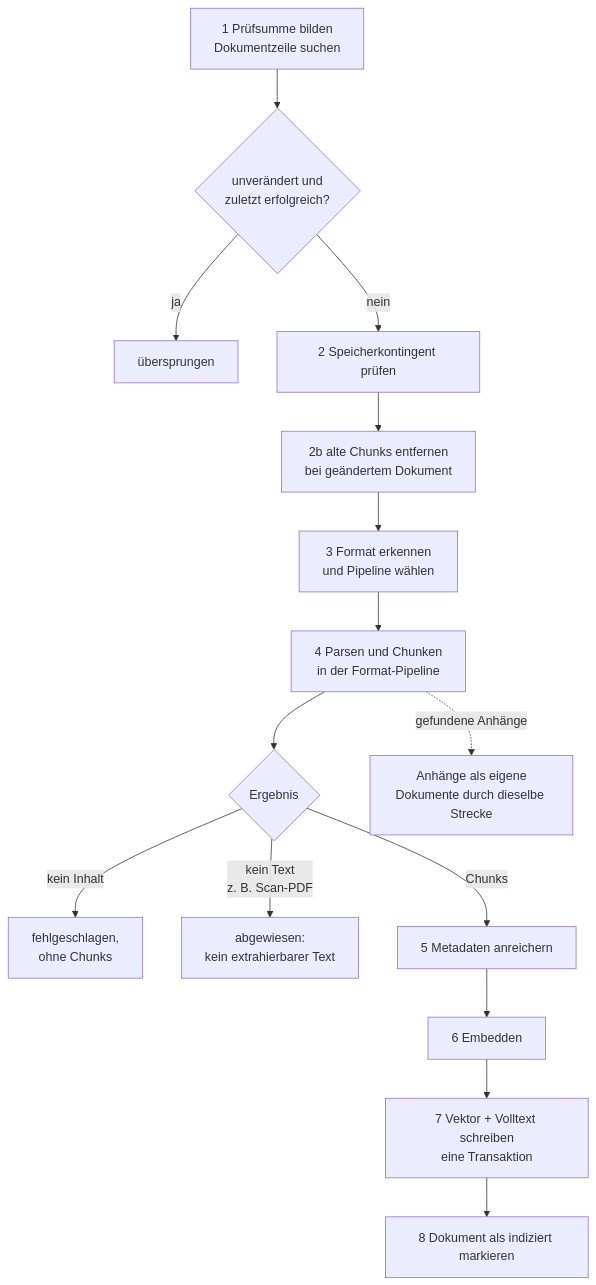
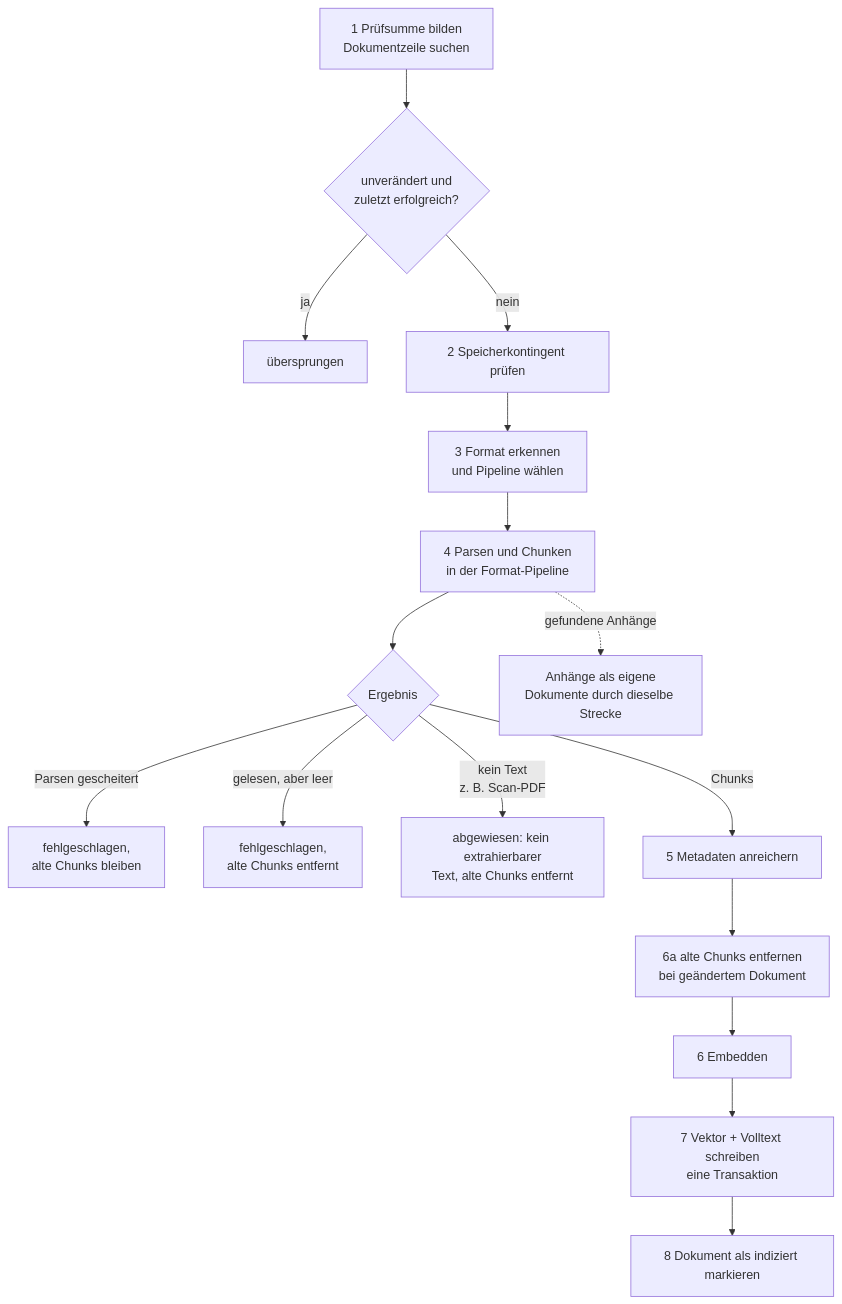
Before and after one commit to criew/opaa: the fifth of 7 diagrams in docs/handbuch/indexierung.md, drawn with Mermaid. The commit also changed other lines of this file and 27 other files, not shown here.

First line of the commit message:
fix(indexing): alte Chunks erst nach erfolgreichem Parsen der neuen Fassung ersetzen (#1276)

````diff
--- a/docs/handbuch/indexierung.md
+++ b/docs/handbuch/indexierung.md
@@ -224,17 +225,18 @@
 ```mermaid
 flowchart TB
     S1[1 Prüfsumme bilden<br/>Dokumentzeile suchen] --> Q{unverändert und<br/>zuletzt erfolgreich?}
     Q -- ja --> SK[übersprungen]
     Q -- nein --> S2[2 Speicherkontingent prüfen]
-    S2 --> S2b[2b alte Chunks entfernen<br/>bei geändertem Dokument]
-    S2b --> S3[3 Format erkennen<br/>und Pipeline wählen]
+    S2 --> S3[3 Format erkennen<br/>und Pipeline wählen]
     S3 --> S4[4 Parsen und Chunken<br/>in der Format-Pipeline]
     S4 --> R{Ergebnis}
-    R -- kein Inhalt --> FA[fehlgeschlagen,<br/>ohne Chunks]
-    R -- kein Text<br/>z. B. Scan-PDF --> NT[abgewiesen:<br/>kein extrahierbarer Text]
+    R -- Parsen gescheitert --> FP[fehlgeschlagen,<br/>alte Chunks bleiben]
+    R -- gelesen, aber leer --> FA[fehlgeschlagen,<br/>alte Chunks entfernt]
+    R -- kein Text<br/>z. B. Scan-PDF --> NT[abgewiesen: kein extrahierbarer<br/>Text, alte Chunks entfernt]
     R -- Chunks --> S5[5 Metadaten anreichern]
-    S5 --> S6[6 Embedden]
+    S5 --> S6b[6a alte Chunks entfernen<br/>bei geändertem Dokument]
+    S6b --> S6[6 Embedden]
     S6 --> S7[7 Vektor + Volltext schreiben<br/>eine Transaktion]
     S7 --> S8[8 Dokument als indiziert markieren]
     S4 -. gefundene Anhänge .-> AT[Anhänge als eigene<br/>Dokumente durch dieselbe Strecke]
 ```
````
